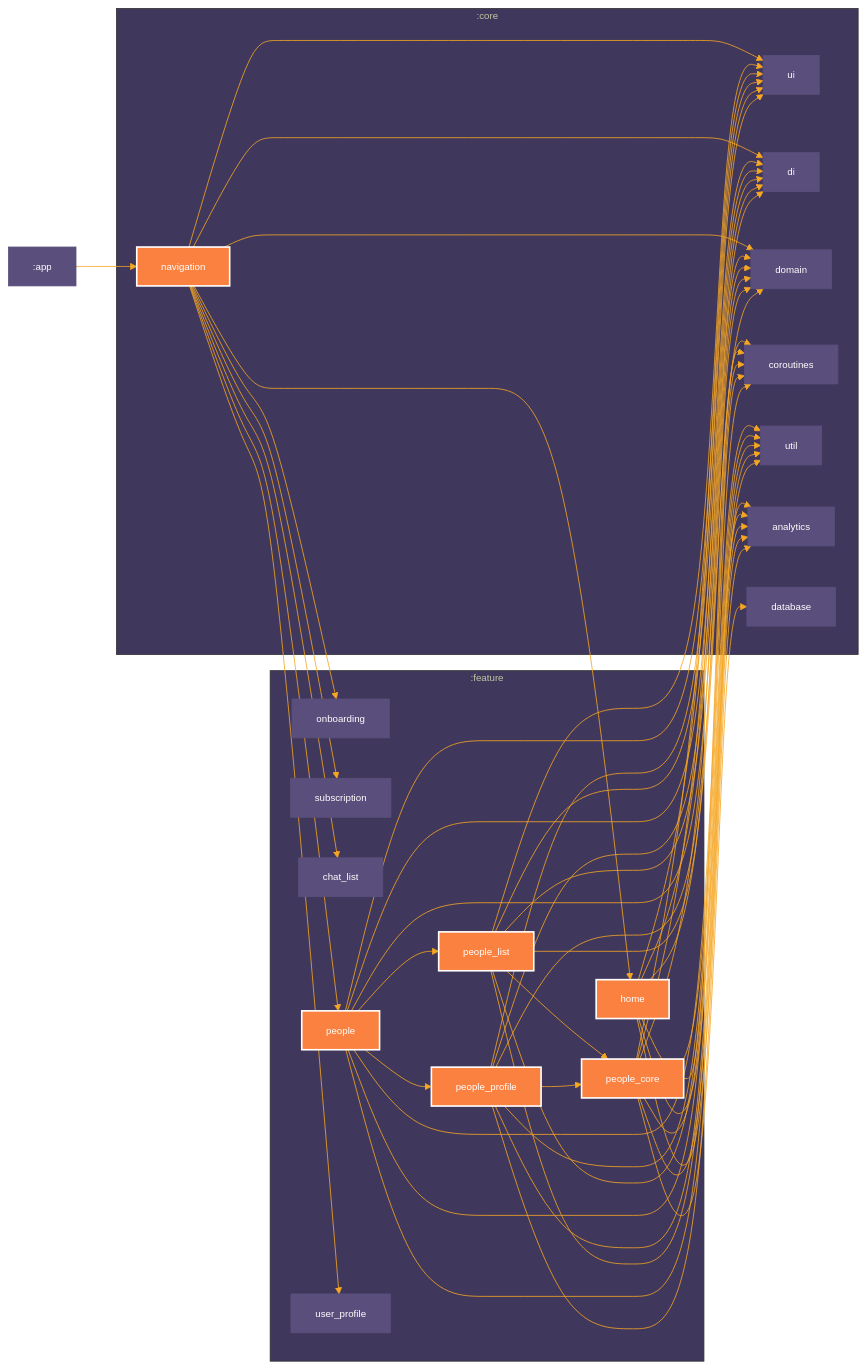
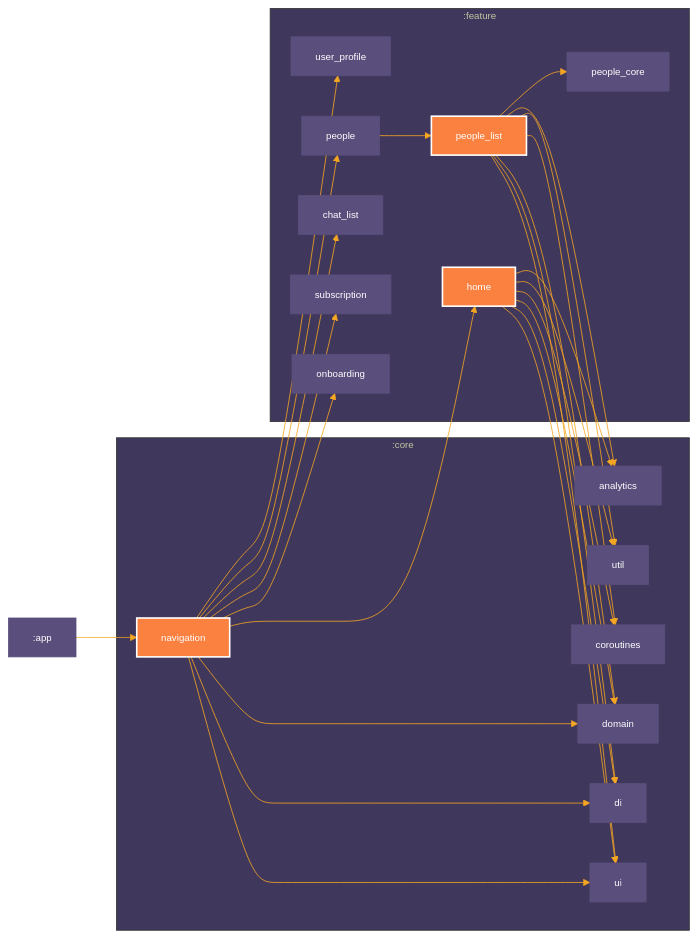
Before and after one commit to mobiledevpro/closetalk.app: the diagram in README.md, drawn with Mermaid. The commit also changed 1 other file, not shown here.

Commit message:
Updated config

````diff
--- a/README.md
+++ b/README.md
@@ -112,7 +112,6 @@
     :core:coroutines["coroutines"]
     :core:util["util"]
     :core:analytics["analytics"]
-      :core:database["database"]
   end
   subgraph :feature
     :feature:home["home"]
@@ -123,7 +122,6 @@
     :feature:user_profile["user_profile"]
       :feature:people_list["people_list"]
       :feature:people_core["people_core"]
-      :feature:people_profile["people_profile"]
   end
   :core:navigation --> :core:ui
   :core:navigation --> :core:di
@@ -141,41 +139,17 @@
     :feature:people_list --> :core:util
     :feature:people_list --> :core:analytics
     :feature:people_list --> :feature:people_core
-    :feature:people_core --> :core:database
-    :feature:people_core --> :core:ui
-    :feature:people_core --> :core:di
-    :feature:people_core --> :core:domain
-    :feature:people_core --> :core:coroutines
-    :feature:people_core --> :core:util
-    :feature:people_core --> :core:analytics
   :app --> :core:navigation
     :feature:people --> :feature:people_list
-    :feature:people --> :feature:people_profile
-    :feature:people --> :core:ui
-    :feature:people --> :core:di
-    :feature:people --> :core:domain
-    :feature:people --> :core:coroutines
-    :feature:people --> :core:util
-    :feature:people --> :core:analytics
   :feature:home --> :core:ui
   :feature:home --> :core:di
   :feature:home --> :core:domain
   :feature:home --> :core:coroutines
   :feature:home --> :core:util
   :feature:home --> :core:analytics
-    :feature:people_profile --> :core:ui
-    :feature:people_profile --> :core:di
-    :feature:people_profile --> :core:domain
-    :feature:people_profile --> :core:coroutines
-    :feature:people_profile --> :core:util
-    :feature:people_profile --> :core:analytics
-    :feature:people_profile --> :feature:people_core
 
 classDef focus fill:#FA8140,stroke:#fff,stroke-width:2px,color:#fff;
 class :core:navigation focus
 class :feature:home focus
-    class :feature:people focus
     class :feature:people_list focus
-    class :feature:people_core focus
-    class :feature:people_profile focus
 ```
````
